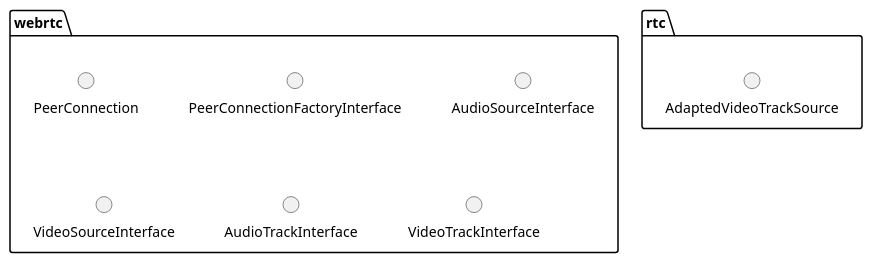
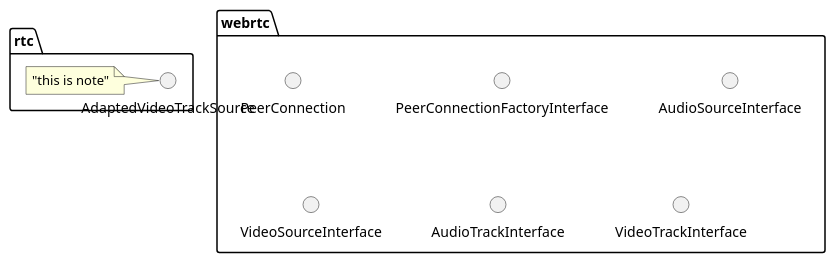
Before and after one commit to mingxin505/webrtcNote: the diagram in webrtc_chrome/component.md, drawn with PlantUML. The commit also changed 5 other files, not shown here.

````diff
--- a/webrtc_chrome/component.md
+++ b/webrtc_chrome/component.md
@@ -2,15 +2,16 @@
 ```plantuml
 @startuml
 package webrtc {
     () PeerConnection
     () PeerConnectionFactoryInterface
     () AudioSourceInterface
     () VideoSourceInterface
     () AudioTrackInterface
     () VideoTrackInterface
 }
 package rtc {
     () AdaptedVideoTrackSource 
+    note left: "this is note"
 }
 @enduml
 ```
````
